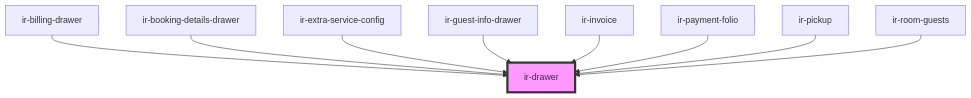
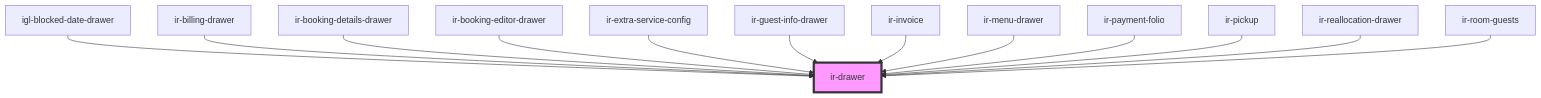
One commit to RonyRizk/ir-webcmp changed the diagram in src/components/ir-drawer/readme.md. Above: the diagram before and after it, drawn with Mermaid. The commit also changed other lines of this file and 235 other files, not shown here.

````diff
--- a/src/components/ir-drawer/readme.md
+++ b/src/components/ir-drawer/readme.md
@@ -41,12 +45,16 @@
 ```mermaid
 graph TD;
+  igl-blocked-date-drawer --> ir-drawer
   ir-billing-drawer --> ir-drawer
   ir-booking-details-drawer --> ir-drawer
+  ir-booking-editor-drawer --> ir-drawer
   ir-extra-service-config --> ir-drawer
   ir-guest-info-drawer --> ir-drawer
   ir-invoice --> ir-drawer
+  ir-menu-drawer --> ir-drawer
   ir-payment-folio --> ir-drawer
   ir-pickup --> ir-drawer
+  ir-reallocation-drawer --> ir-drawer
   ir-room-guests --> ir-drawer
   style ir-drawer fill:#f9f,stroke:#333,stroke-width:4px
 ```
````
